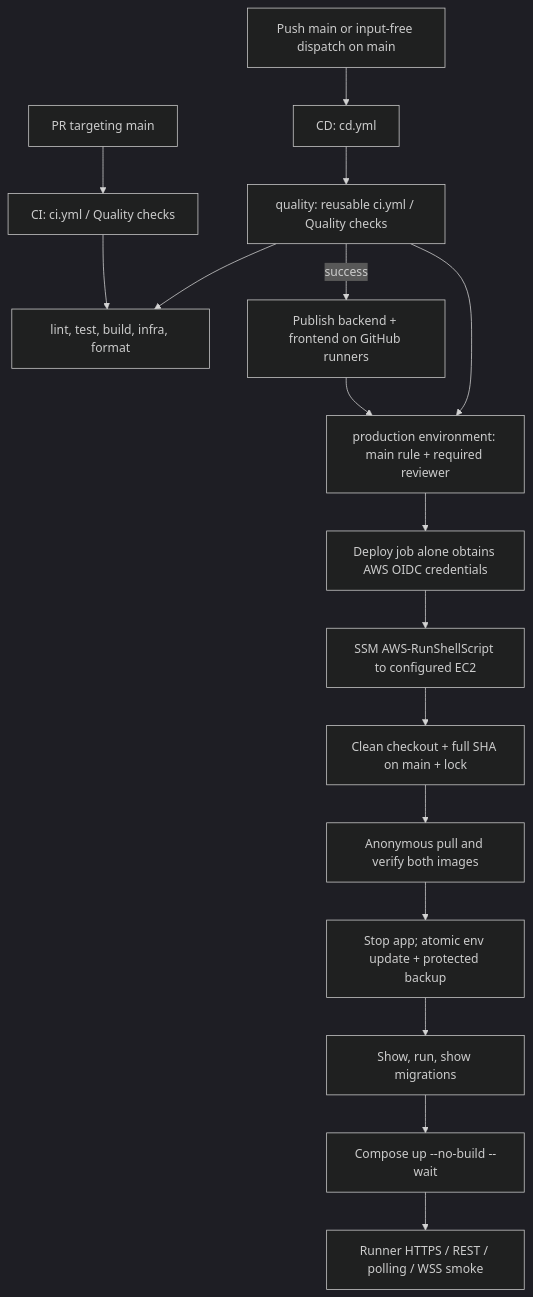
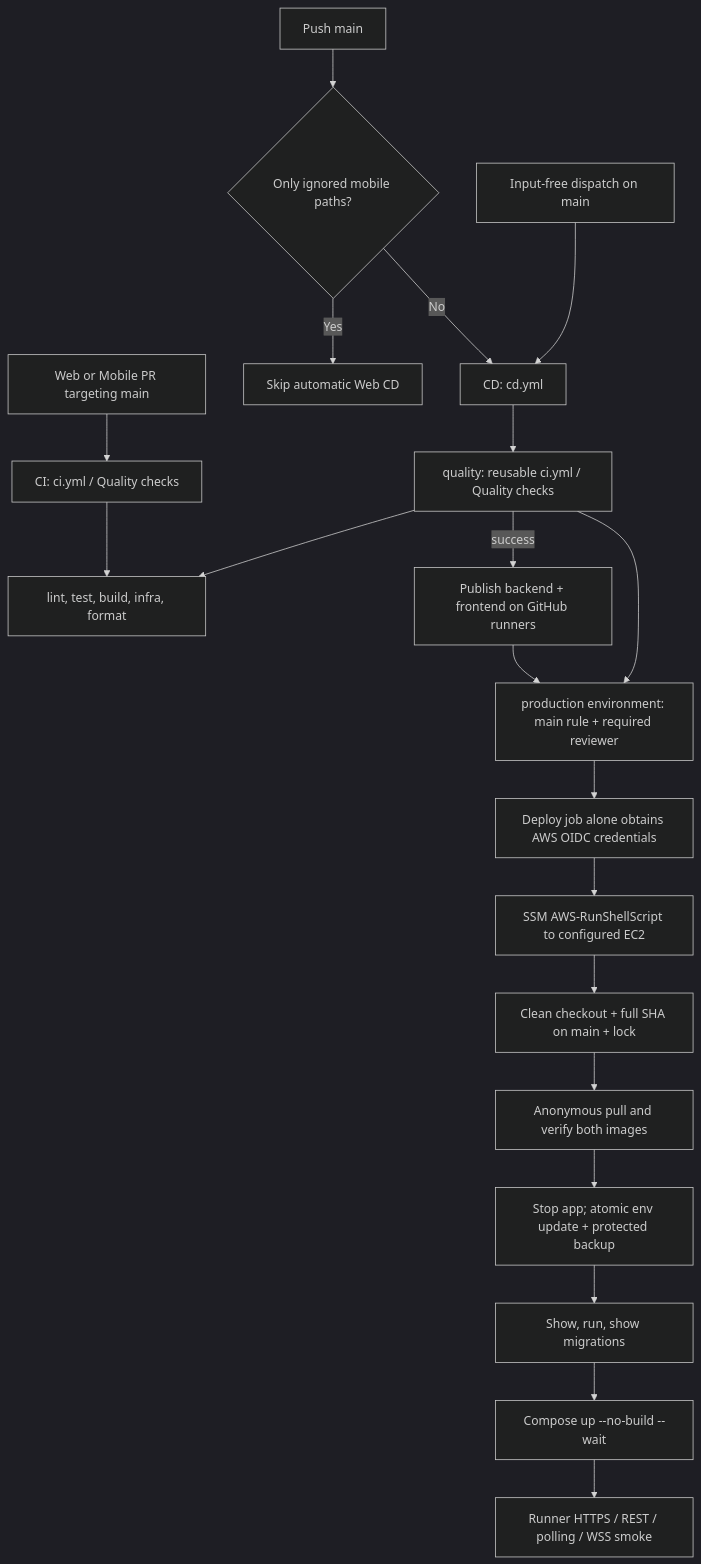
The diagram in docs/deployment/cicd.md (duongkienvn/SE2026-T13), drawn with Mermaid (dark theme) before and after one commit. The commit also changed other lines of this file and 3 other files, not shown here.

Commit message:
fix(ci): skip Web CD for mobile-only pushes

````diff
--- a/docs/deployment/cicd.md
+++ b/docs/deployment/cicd.md
@@ -12,19 +12,22 @@
 ```mermaid
 flowchart TD
-  PR[PR targeting main] --> CI[CI: ci.yml / Quality checks]
-  MAIN[Push main or input-free dispatch on main] --> CD[CD: cd.yml]
+  PR[Web or Mobile PR targeting main] --> CI[CI: ci.yml / Quality checks]
+  MAIN[Push main] --> FILTER{Only ignored mobile paths?}
+  FILTER -->|Yes| SKIP[Skip automatic Web CD]
+  FILTER -->|No| CD[CD: cd.yml]
+  MANUAL[Input-free dispatch on main] --> CD
   CD --> Q[quality: reusable ci.yml / Quality checks]
   CI --> CHECKS[lint, test, build, infra, format]
   Q --> CHECKS
   Q -->|success| P[Publish backend + frontend on GitHub runners]
   P --> A[production environment: main rule + required reviewer]
   Q --> A
   A --> O[Deploy job alone obtains AWS OIDC credentials]
   O --> S[SSM AWS-RunShellScript to configured EC2]
   S --> V[Clean checkout + full SHA on main + lock]
   V --> I[Anonymous pull and verify both images]
   I --> D[Stop app; atomic env update + protected backup]
   D --> M[Show, run, show migrations]
   M --> H[Compose up --no-build --wait]
   H --> W[Runner HTTPS / REST / polling / WSS smoke]
 ```
````
